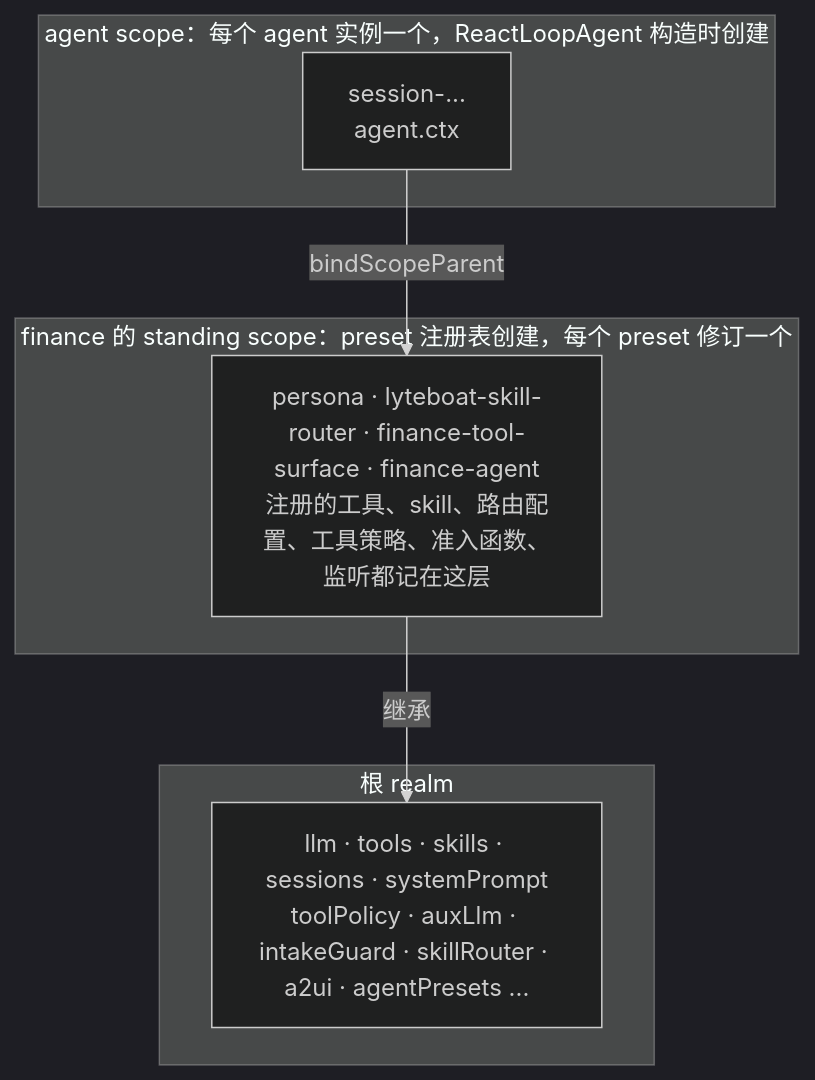
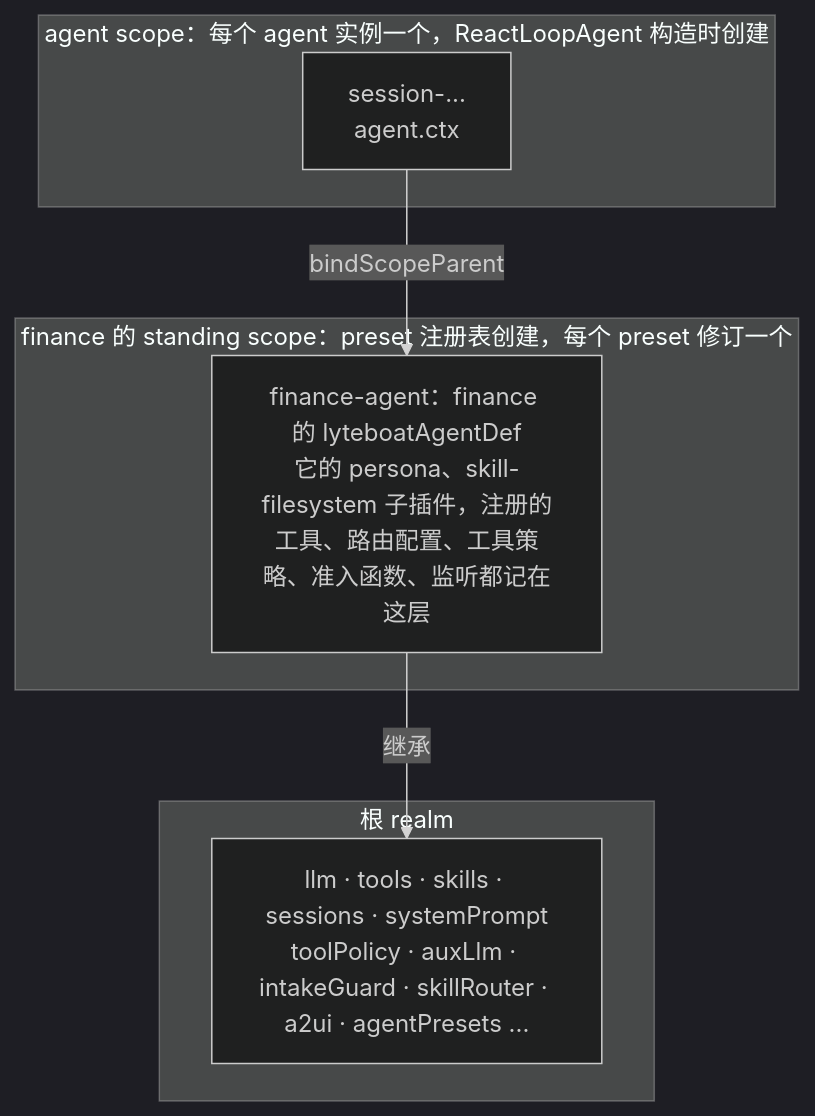
The seventh of 11 diagrams in docs/01-architecture.md (lyteboat/lyteboat), drawn with Mermaid (dark theme) before and after one commit. The commit also changed other lines of this file and 3 other files, not shown here.

````diff
--- a/docs/01-architecture.md
+++ b/docs/01-architecture.md
@@ -482,14 +482,14 @@
 ```mermaid
 flowchart TB
   subgraph ROOT["根 realm"]
     rsvc["llm · tools · skills · sessions · systemPrompt<br/>toolPolicy · auxLlm · intakeGuard · skillRouter · a2ui · agentPresets ..."]
   end
   subgraph STAND["finance 的 standing scope：preset 注册表创建，每个 preset 修订一个"]
-    rows["persona · lyteboat-skill-router · finance-tool-surface · finance-agent<br/>注册的工具、skill、路由配置、工具策略、准入函数、监听都记在这层"]
+    rows["finance-agent：finance 的 lyteboatAgentDef<br/>它的 persona、skill-filesystem 子插件，注册的工具、路由配置、工具策略、准入函数、监听都记在这层"]
   end
   subgraph AGS["agent scope：每个 agent 实例一个，ReactLoopAgent 构造时创建"]
     inst["session-...<br/>agent.ctx"]
   end
   inst -->|"bindScopeParent"| rows
   rows -->|"继承"| rsvc
 ```
````
